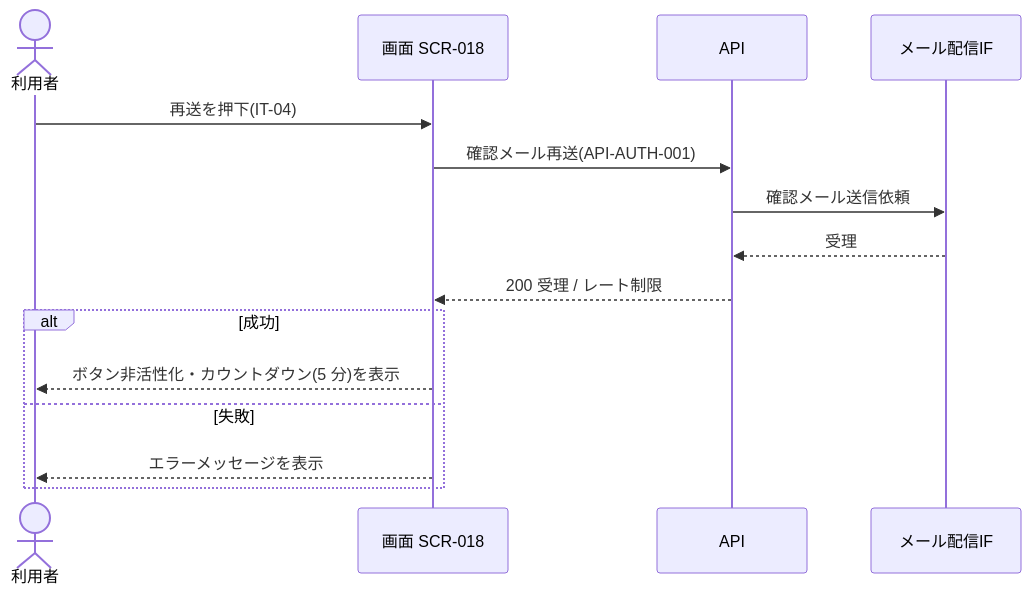
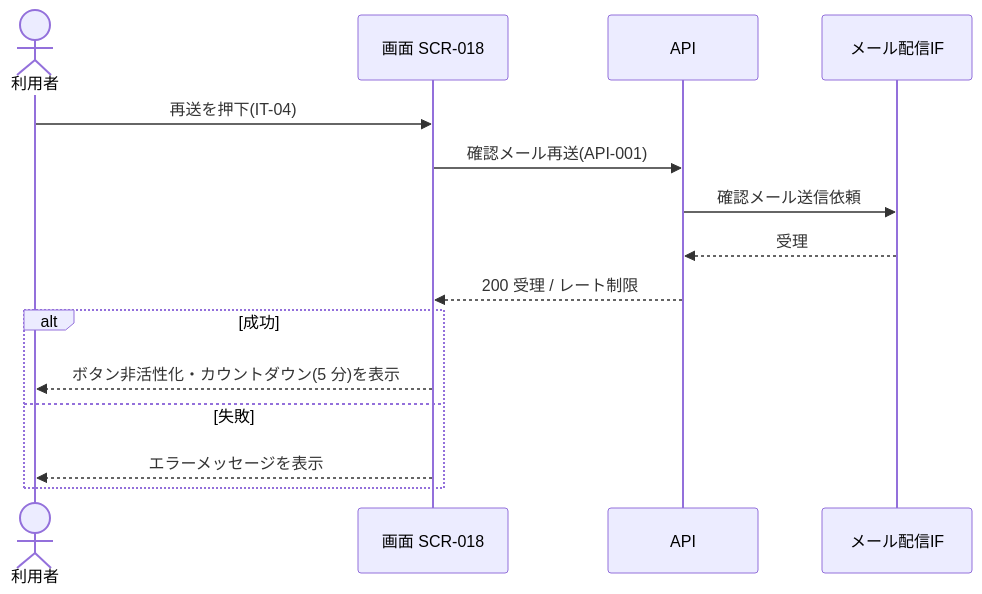
The diagram in 01_requirements/02_business_usecases/UC-152.md (sikakou54/open-faq), drawn with Mermaid before and after one commit. The commit also changed other lines of this file and 321 other files, not shown here.

````diff
--- a/01_requirements/02_business_usecases/UC-152.md
+++ b/01_requirements/02_business_usecases/UC-152.md
@@ -39,17 +39,17 @@
 ```mermaid
 sequenceDiagram
   actor U as 利用者
   participant S as 画面 SCR-018
   participant API as API
   participant ML as メール配信IF
   U->>S: 再送を押下(IT-04)
-  S->>API: 確認メール再送(API-AUTH-001)
+  S->>API: 確認メール再送(API-001)
   API->>ML: 確認メール送信依頼
   ML-->>API: 受理
   API-->>S: 200 受理 / レート制限
   alt 成功
     S-->>U: ボタン非活性化・カウントダウン(5 分)を表示
   else 失敗
     S-->>U: エラーメッセージを表示
   end
 ```
````
